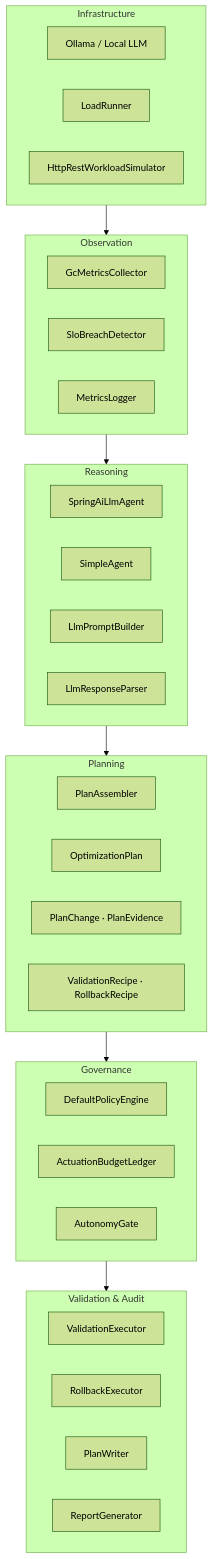
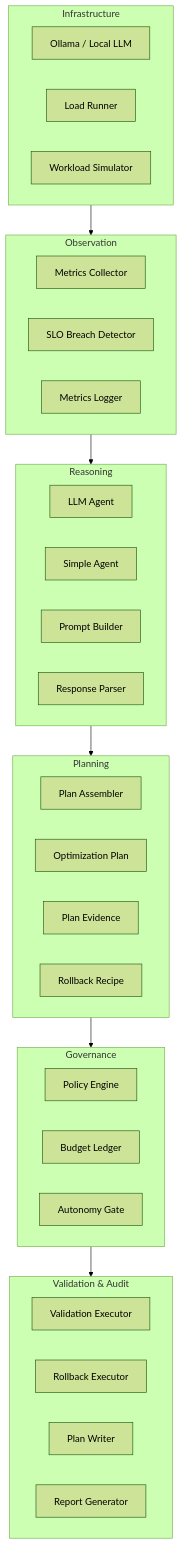
One commit to sibasispadhi/agentic-cloud-optimizer changed the second of 2 diagrams in README.md. Above: the diagram before and after it, drawn with Mermaid (forest theme). The commit also changed other lines of this file, not shown here.

Commit message:
docs: simplify architecture diagrams — remove class names, clean labels

````diff
--- a/README.md
+++ b/README.md
@@ -88,47 +88,47 @@
 ```mermaid
 graph TB
     subgraph INFRA["Infrastructure"]
-        OL["Ollama / Local LLM"]
-        LR["LoadRunner"]
-        SIM["HttpRestWorkloadSimulator"]
+        OL[Ollama / Local LLM]
+        LR[Load Runner]
+        SIM[Workload Simulator]
     end
 
     subgraph OBS["Observation"]
-        GMC["GcMetricsCollector"]
-        SBD["SloBreachDetector"]
-        ML["MetricsLogger"]
+        GMC[Metrics Collector]
+        SBD[SLO Breach Detector]
+        ML[Metrics Logger]
     end
 
     subgraph REASON["Reasoning"]
-        LLMA["SpringAiLlmAgent"]
-        SA["SimpleAgent"]
-        LPB["LlmPromptBuilder"]
-        LRP["LlmResponseParser"]
+        LLMA[LLM Agent]
+        SA[Simple Agent]
+        LPB[Prompt Builder]
+        LRP[Response Parser]
     end
 
     subgraph PLAN["Planning"]
-        PA2["PlanAssembler"]
-        OP["OptimizationPlan"]
-        PCE["PlanChange · PlanEvidence"]
-        VRR["ValidationRecipe · RollbackRecipe"]
+        PA2[Plan Assembler]
+        OP[Optimization Plan]
+        PCE[Plan Evidence]
+        VRR[Rollback Recipe]
     end
 
     subgraph GOV["Governance"]
-        PE2["DefaultPolicyEngine"]
-        ABL["ActuationBudgetLedger"]
-        AG2["AutonomyGate"]
+        PE2[Policy Engine]
+        ABL[Budget Ledger]
+        AG2[Autonomy Gate]
     end
 
     subgraph AUDIT2["Validation & Audit"]
-        VE2["ValidationExecutor"]
-        RE2["RollbackExecutor"]
-        PW["PlanWriter"]
-        RG["ReportGenerator"]
+        VE2[Validation Executor]
+        RE2[Rollback Executor]
+        PW[Plan Writer]
+        RG[Report Generator]
     end
 
     INFRA --> OBS
     OBS --> REASON
     REASON --> PLAN
     PLAN --> GOV
     GOV --> AUDIT2
 ```
````
